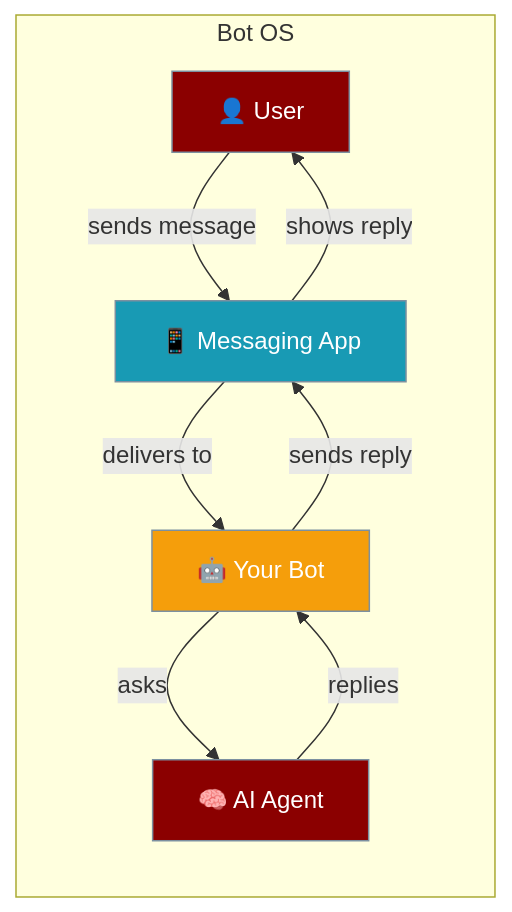
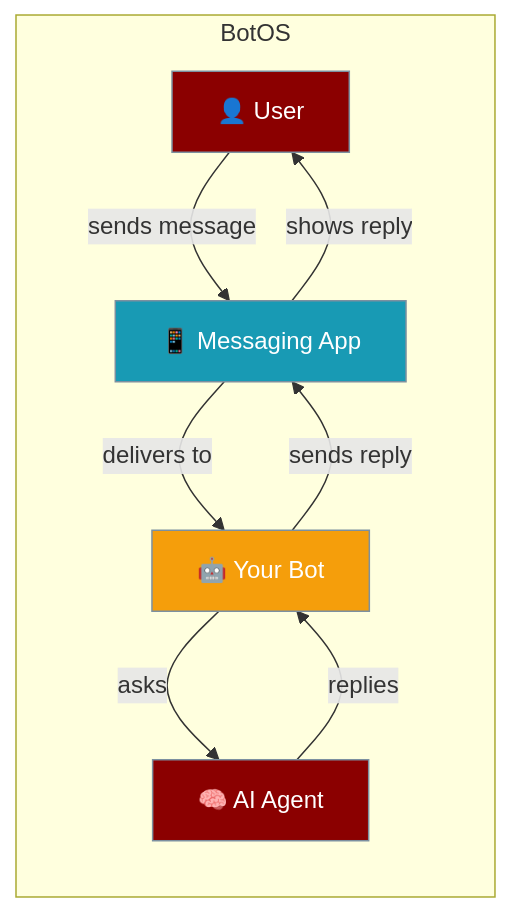
Before and after one commit to MervinPraison/PraisonAIDocs: the first of 6 diagrams in docs/concepts/bot-os.mdx, drawn with Mermaid. The commit also changed other lines of this file and 6 other files, not shown here.

````diff
--- a/docs/concepts/bot-os.mdx
+++ b/docs/concepts/bot-os.mdx
@@ -10,21 +10,21 @@
 ```mermaid
 graph LR
-    subgraph "Bot OS"
+    subgraph "BotOS"
         U["👤 User"] -->|"sends message"| P["📱 Messaging App"]
         P -->|"delivers to"| B["🤖 Your Bot"]
         B -->|"asks"| A["🧠 AI Agent"]
         A -->|"replies"| B
         B -->|"sends reply"| P
         P -->|"shows reply"| U
     end
 
     classDef user fill:#8B0000,stroke:#7C90A0,color:#fff
     classDef platform fill:#189AB4,stroke:#7C90A0,color:#fff
     classDef bot fill:#F59E0B,stroke:#7C90A0,color:#fff
     classDef agent fill:#8B0000,stroke:#7C90A0,color:#fff
 
     class U user
     class P platform
     class B bot
     class A agent
 ```
````
